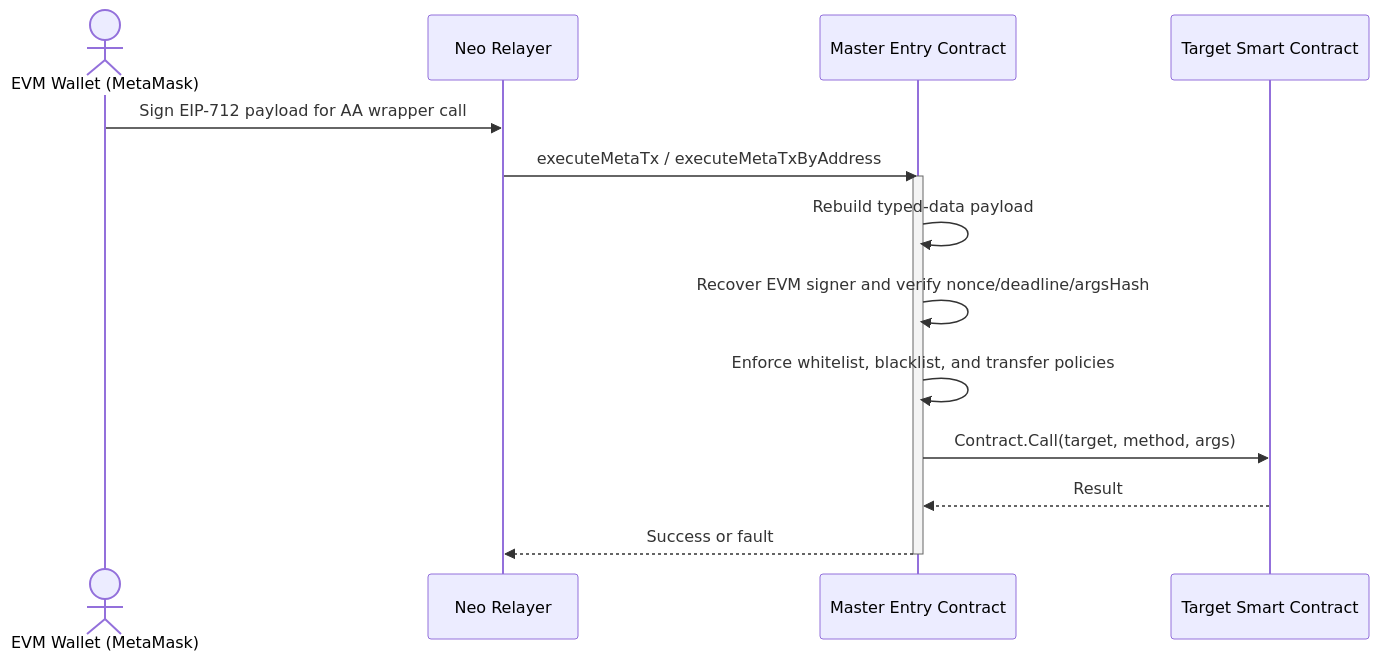
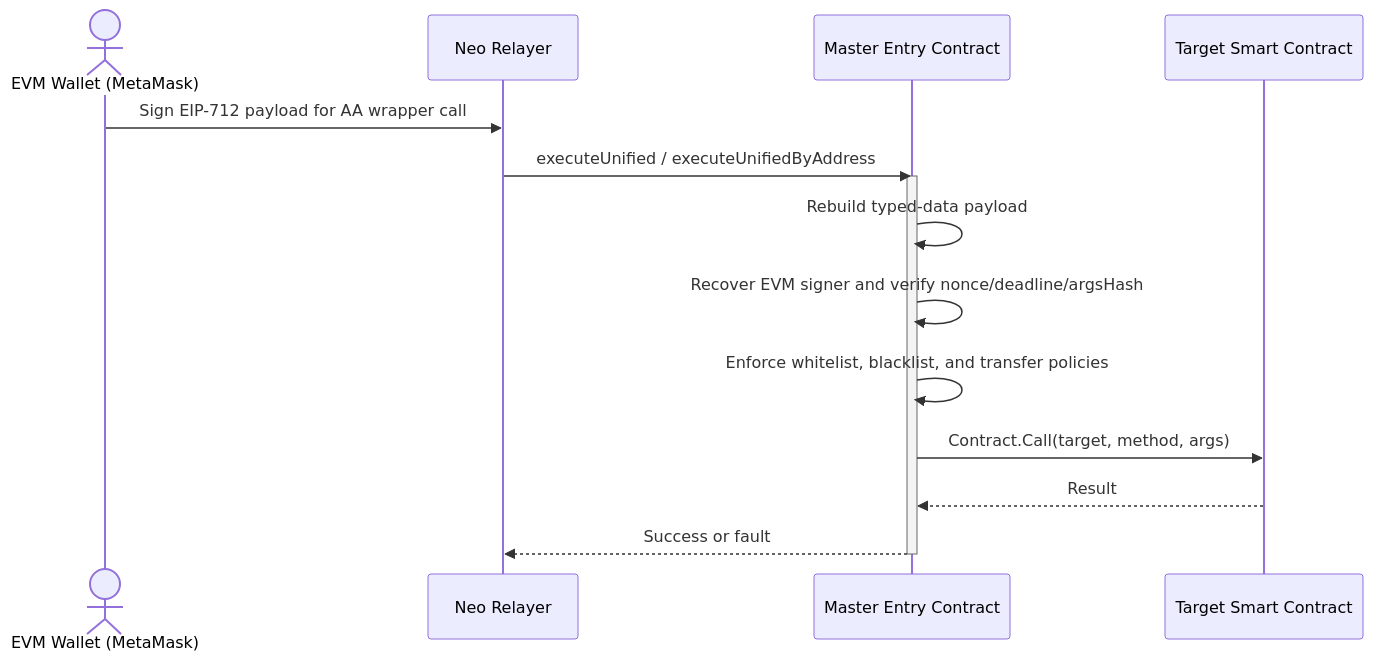
The fourth of 4 diagrams in frontend/src/assets/docs/workflow.md (r3e-network/neo-abstract-account), drawn with Mermaid before and after one commit. The commit also changed other lines of this file and 71 other files, not shown here.

````diff
--- a/frontend/src/assets/docs/workflow.md
+++ b/frontend/src/assets/docs/workflow.md
@@ -115,18 +115,18 @@
 ```mermaid
 sequenceDiagram
     actor EVM as EVM Wallet (MetaMask)
     participant Relayer as Neo Relayer
     participant Master as Master Entry Contract
     participant Target as Target Smart Contract
 
     EVM->>Relayer: Sign EIP-712 payload for AA wrapper call
-    Relayer->>Master: executeMetaTx / executeMetaTxByAddress
+    Relayer->>Master: executeUnified / executeUnifiedByAddress
     activate Master
     Master->>Master: Rebuild typed-data payload
     Master->>Master: Recover EVM signer and verify nonce/deadline/argsHash
     Master->>Master: Enforce whitelist, blacklist, and transfer policies
     Master->>Target: Contract.Call(target, method, args)
     Target-->>Master: Result
     Master-->>Relayer: Success or fault
     deactivate Master
 ```
````
